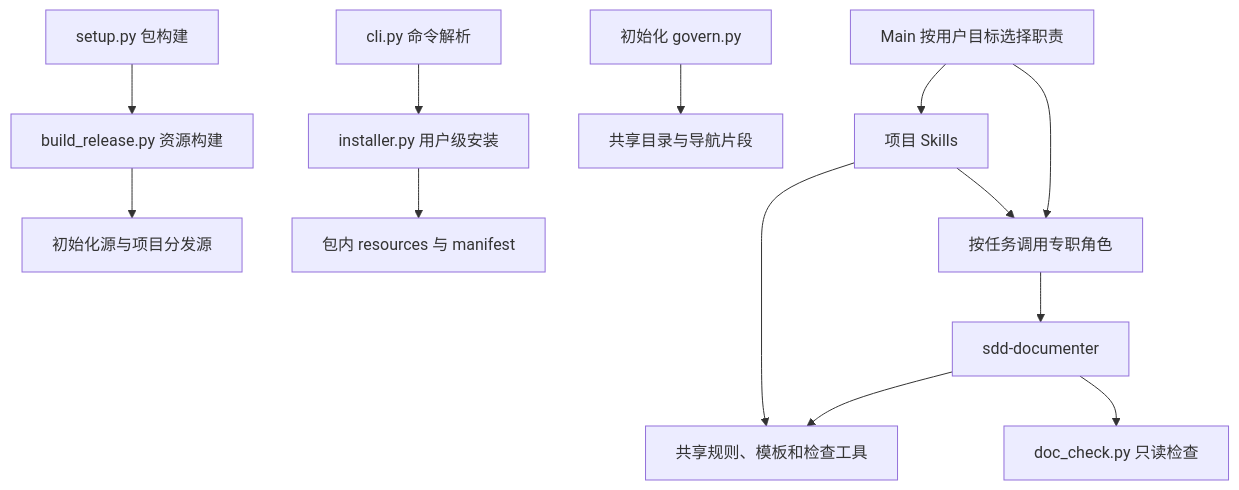
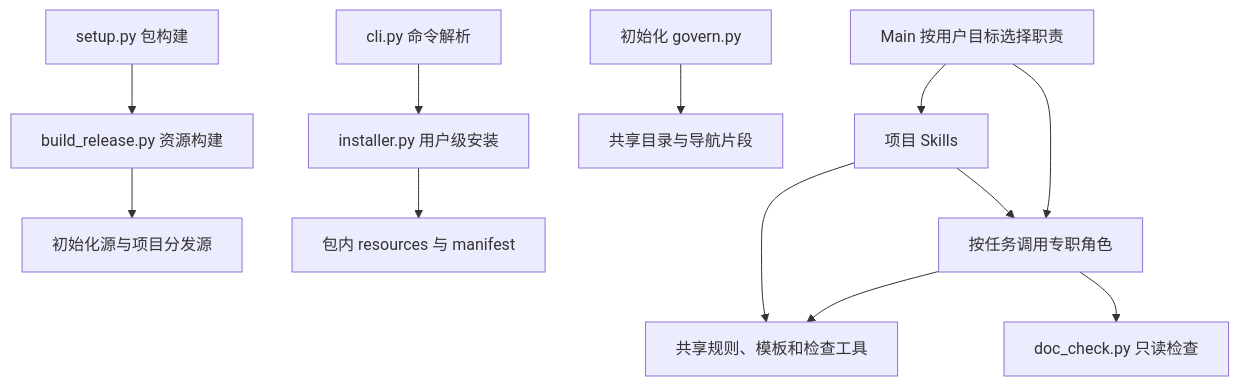
Before and after one commit to bigsmartben/sdd-init: the third of 3 diagrams in docs/blueprint.md, drawn with Mermaid. The commit also changed other lines of this file and 51 other files, not shown here.

Commit message:
feat(sdd): make project roles independent

````diff
--- a/docs/blueprint.md
+++ b/docs/blueprint.md
@@ -120,15 +120,14 @@
 ```mermaid
 flowchart TD
   Package[setup.py 包构建] --> Build[build_release.py 资源构建]
   Build --> Sources[初始化源与项目分发源]
   CLI[cli.py 命令解析] --> Installer[installer.py 用户级安装]
   Installer --> Resources[包内 resources 与 manifest]
   Govern[初始化 govern.py] --> Bundle[共享目录与导航片段]
   Main[Main 按用户目标选择职责] --> Skills[项目 Skills]
   Main --> Roles[按任务调用专职角色]
   Skills --> Shared[共享规则、模板和检查工具]
   Skills --> Roles
-  Roles --> Doc[sdd-documenter]
-  Doc --> Shared
-  Doc --> Check[doc_check.py 只读检查]
+  Roles --> Shared
+  Roles --> Check[doc_check.py 只读检查]
 ```
````
